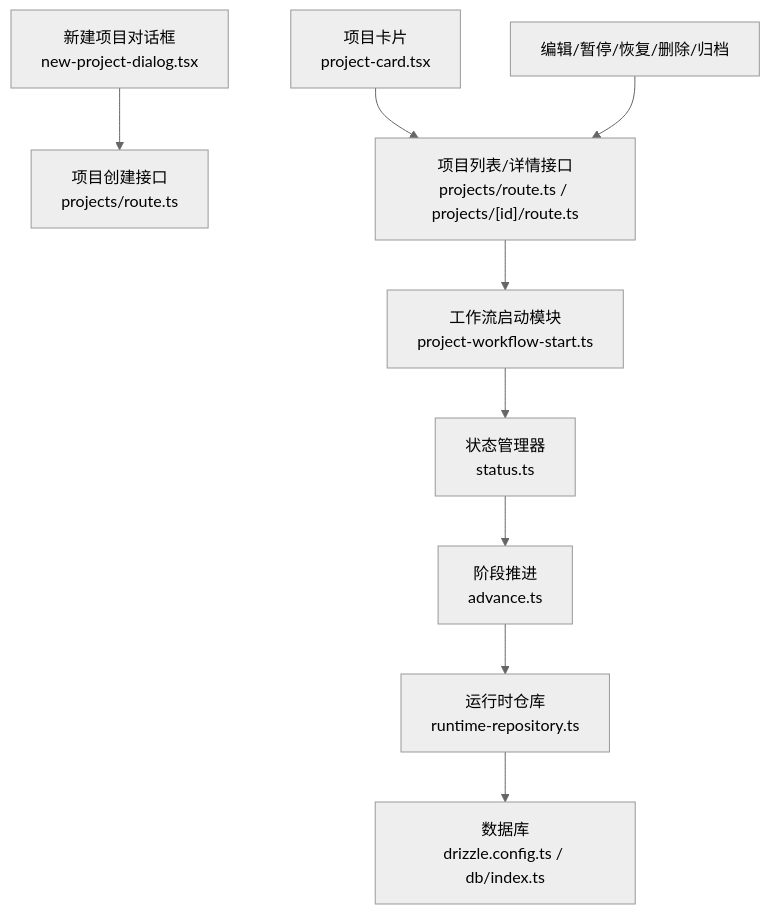
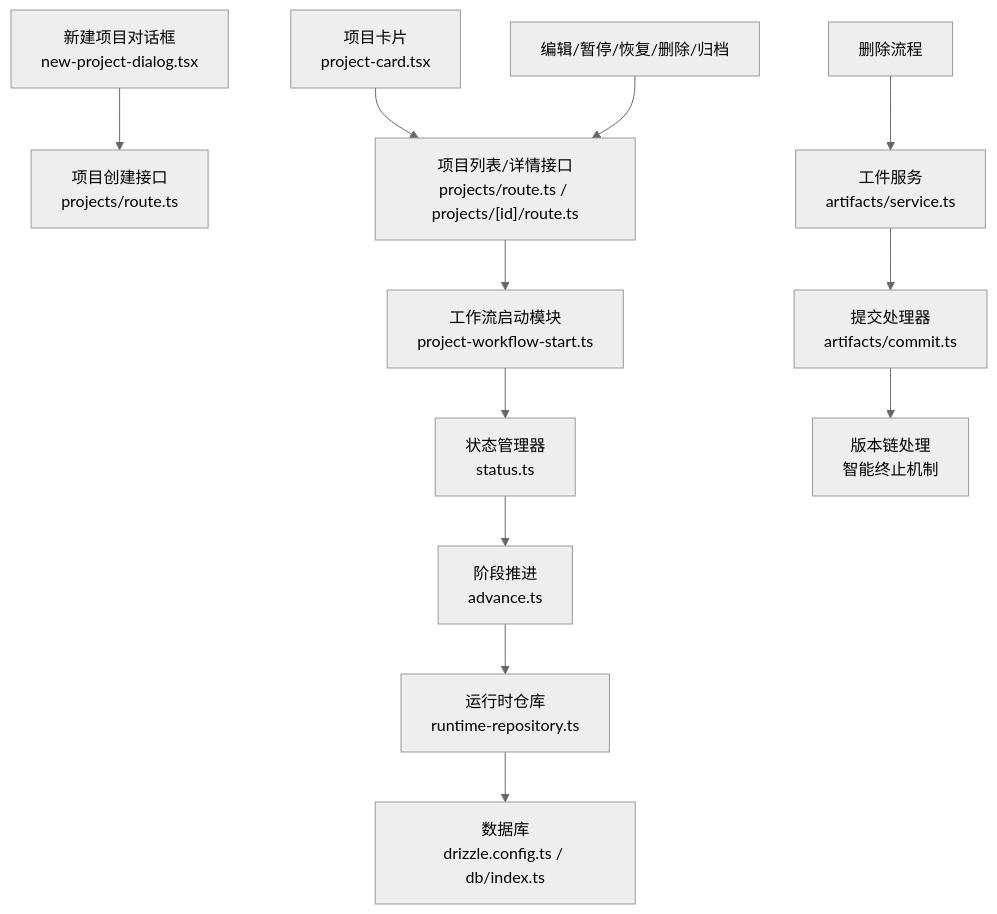
Before and after one commit to scottcwy/PurpleInk: the first of 9 diagrams in .qoder/repowiki/zh/content/项目管理/项目生命周期管理.md, drawn with Mermaid (neutral theme). The commit also changed other lines of this file and 23 other files, not shown here.

````diff
--- a/.qoder/repowiki/zh/content/项目管理/项目生命周期管理.md
+++ b/.qoder/repowiki/zh/content/项目管理/项目生命周期管理.md
@@ -66,11 +70,14 @@
 ```mermaid
 graph TB
 UI_New["新建项目对话框<br/>new-project-dialog.tsx"] --> API_Create["项目创建接口<br/>projects/route.ts"]
 UI_Card["项目卡片<br/>project-card.tsx"] --> API_Projects["项目列表/详情接口<br/>projects/route.ts / projects/[id]/route.ts"]
 API_Projects --> WorkflowStart["工作流启动模块<br/>project-workflow-start.ts"]
 WorkflowStart --> StateMgr["状态管理器<br/>status.ts"]
 StateMgr --> Advance["阶段推进<br/>advance.ts"]
 Advance --> Repo_Runtime["运行时仓库<br/>runtime-repository.ts"]
 Repo_Runtime --> DB["数据库<br/>drizzle.config.ts / db/index.ts"]
 UI_Edit["编辑/暂停/恢复/删除/归档"] --> API_Projects
+DeleteFlow["删除流程"] --> ArtifactService["工件服务<br/>artifacts/service.ts"]
+ArtifactService --> CommitHandler["提交处理器<br/>artifacts/commit.ts"]
+CommitHandler --> VersionChain["版本链处理<br/>智能终止机制"]
 ```
````
